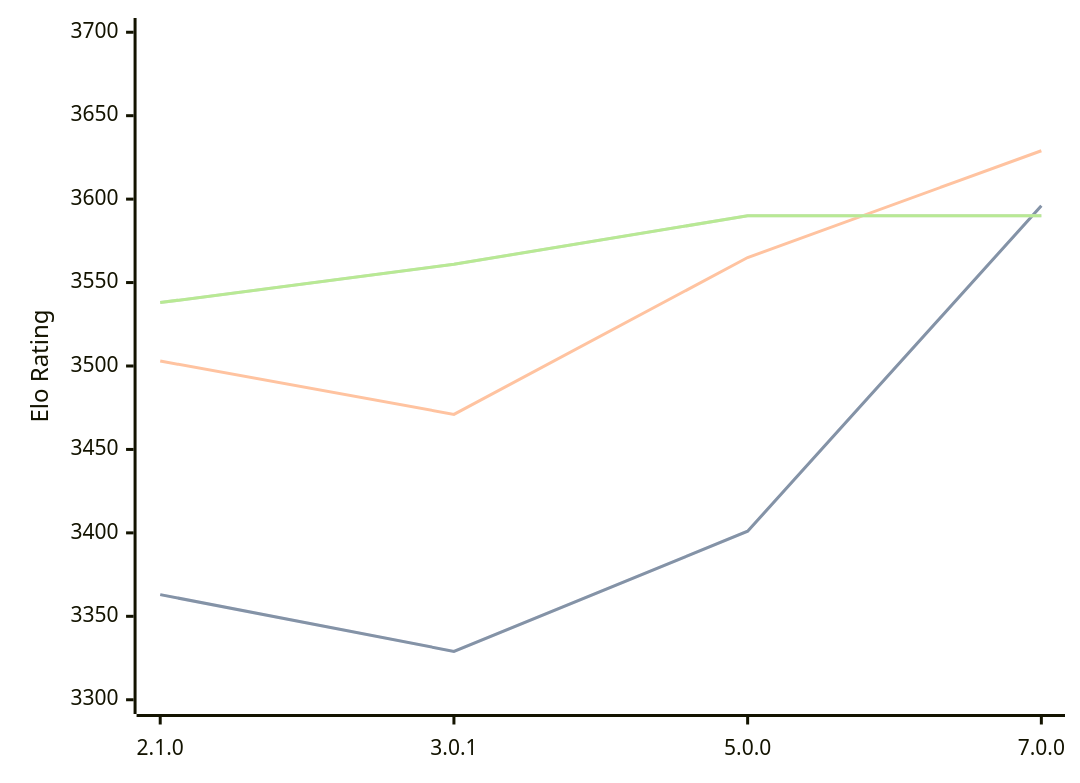
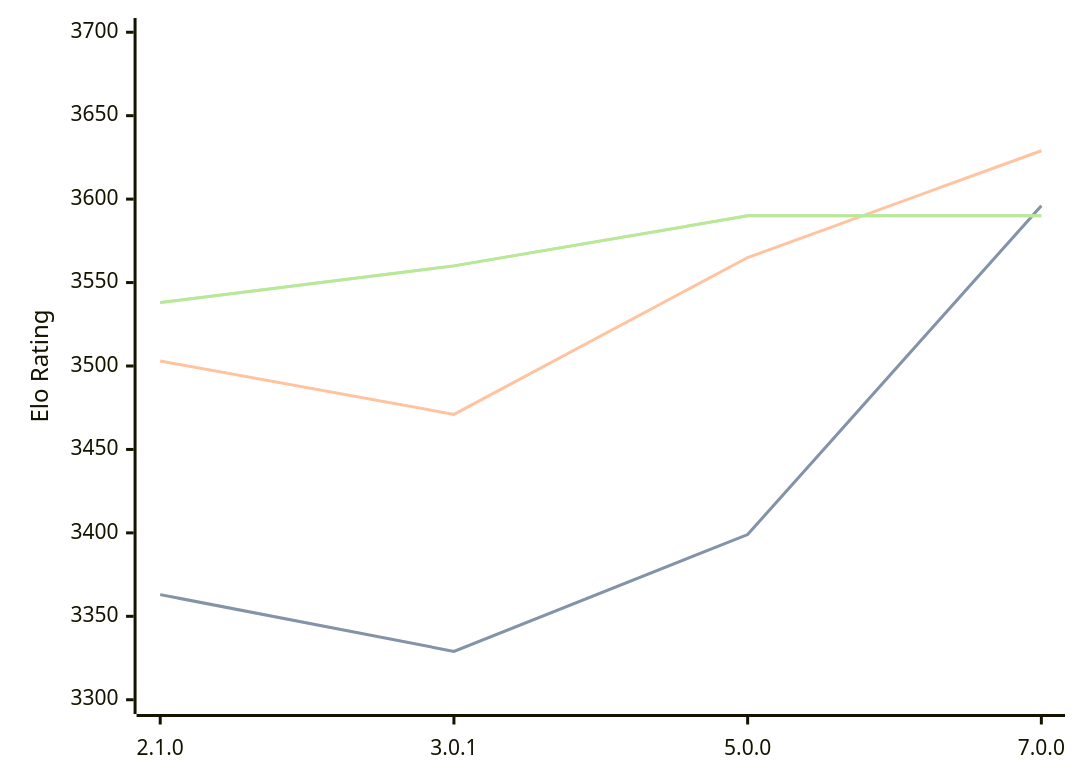
The diagram in engines/PlentyChess.md (computer-chess-index/cci), drawn with Mermaid before and after one commit. The commit also changed other lines of this file, not shown here.

Commit message:
Update CCI Ratings (ELO VLTC) - 2026-03-17

````diff
--- a/engines/PlentyChess.md
+++ b/engines/PlentyChess.md
@@ -43,11 +43,11 @@
 ```mermaid
 %%{init: {"theme":"base","themeVariables":{"seriesColors:['#a3a3a3','#222221','#faa371']}}}%%
 xychart-beta
   x-axis ["2.1.0", "3.0.1", "5.0.0", "7.0.0"]
   y-axis "Elo Rating" 3300 --> 3700
-  line "STC (8.0+0.08s)" [3363, 3329, 3401, 3596]
-  line "STC (8.0+0.08s)" [3363, 3329, 3401, 3596]
+  line "STC (8.0+0.08s)" [3363, 3329, 3399, 3596]
+  line "STC (8.0+0.08s)" [3363, 3329, 3399, 3596]
   line "LTC (60.0+0.60s)" [3503, 3471, 3565, 3629]
-  line "VLTC (2m24s+1.12s)" [3538, 3561, 3590, 3590]
-  line "VLTC (2m24s+1.12s)" [3538, 3561, 3590, 3590]
+  line "VLTC (2m24s+1.12s)" [3538, 3560, 3590, 3590]
+  line "VLTC (2m24s+1.12s)" [3538, 3560, 3590, 3590]
 ```
````
